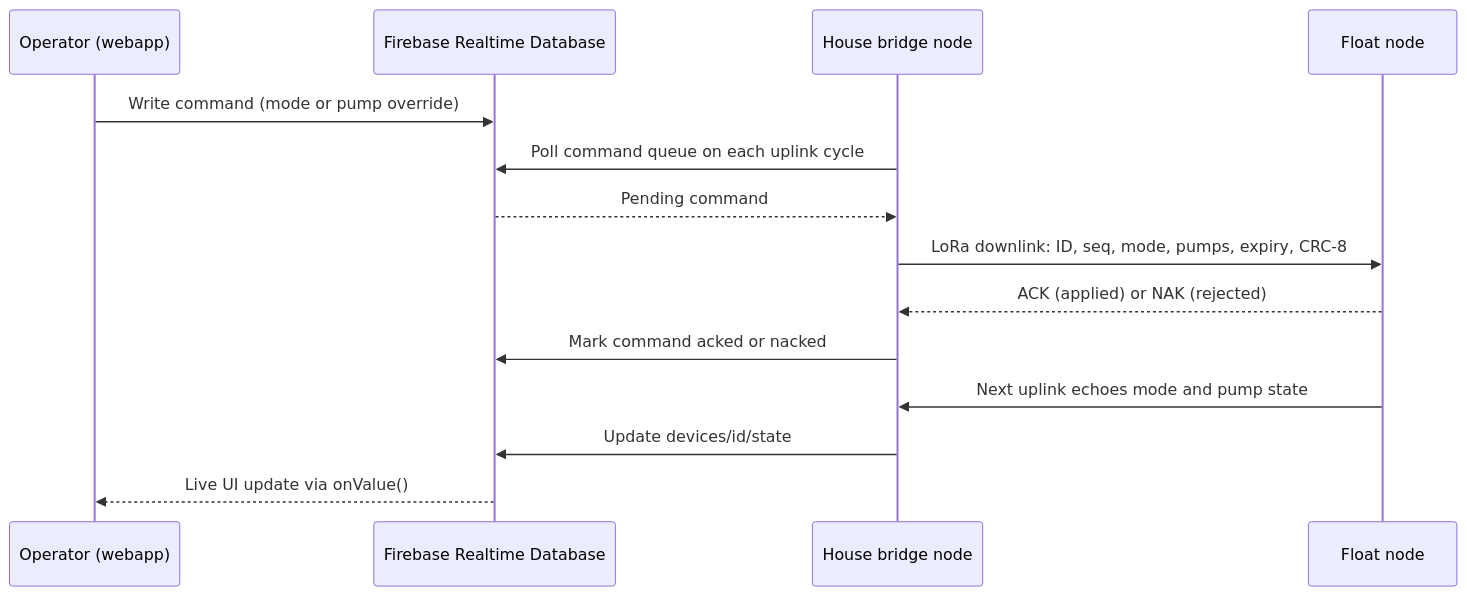
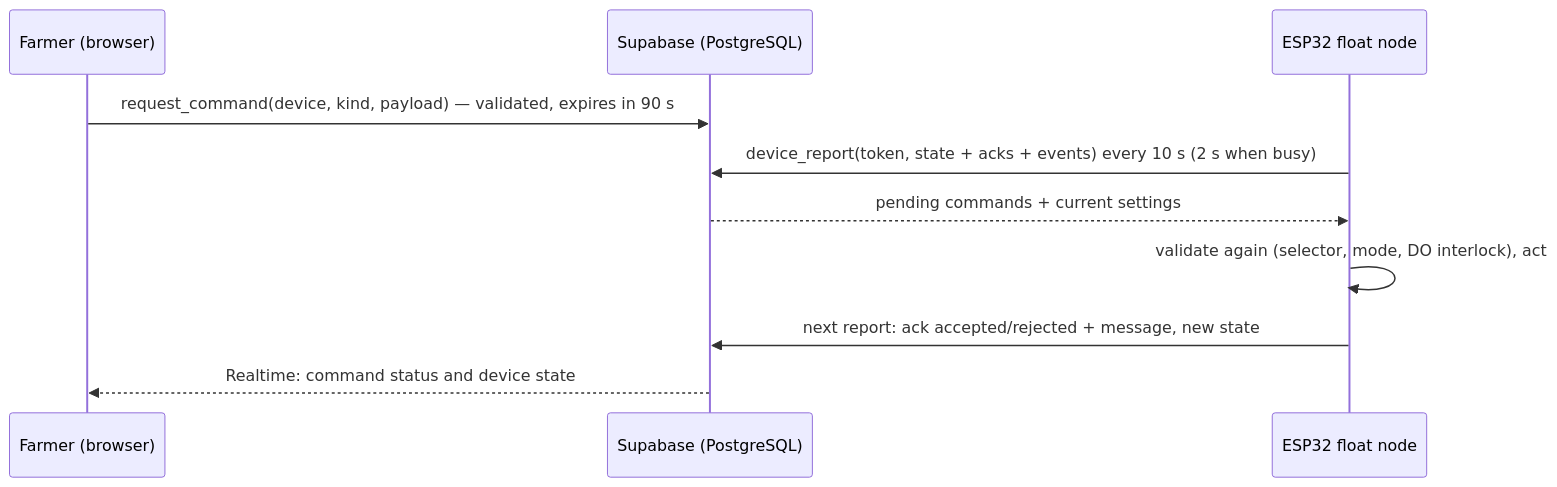
One commit to MJDemotica/SALIMANGO changed the diagram in docs/APP.md. Above: the diagram before and after it, drawn with Mermaid. The commit also changed other lines of this file and 18 other files, not shown here.

````diff
--- a/docs/APP.md
+++ b/docs/APP.md
@@ -57,17 +104,13 @@
 ```mermaid
 sequenceDiagram
-    participant U as Operator (webapp)
-    participant RT as Firebase Realtime Database
-    participant B as House bridge node
-    participant F as Float node
+    participant U as Farmer (browser)
+    participant DB as Supabase (PostgreSQL)
+    participant F as ESP32 float node
 
-    U->>RT: Write command (mode or pump override)
-    B->>RT: Poll command queue on each uplink cycle
-    RT-->>B: Pending command
-    B->>F: LoRa downlink: ID, seq, mode, pumps, expiry, CRC-8
-    F-->>B: ACK (applied) or NAK (rejected)
-    B->>RT: Mark command acked or nacked
-    F->>B: Next uplink echoes mode and pump state
-    B->>RT: Update devices/id/state
-    RT-->>U: Live UI update via onValue()
+    U->>DB: request_command(device, kind, payload) — validated, expires in 90 s
+    F->>DB: device_report(token, state + acks + events) every 10 s (2 s when busy)
+    DB-->>F: pending commands + current settings
+    F->>F: validate again (selector, mode, DO interlock), act
+    F->>DB: next report: ack accepted/rejected + message, new state
+    DB-->>U: Realtime: command status and device state
 ```
````
